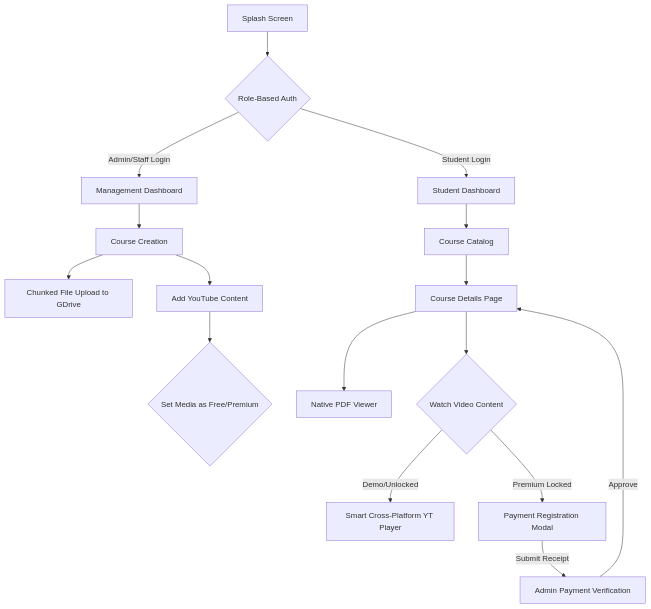
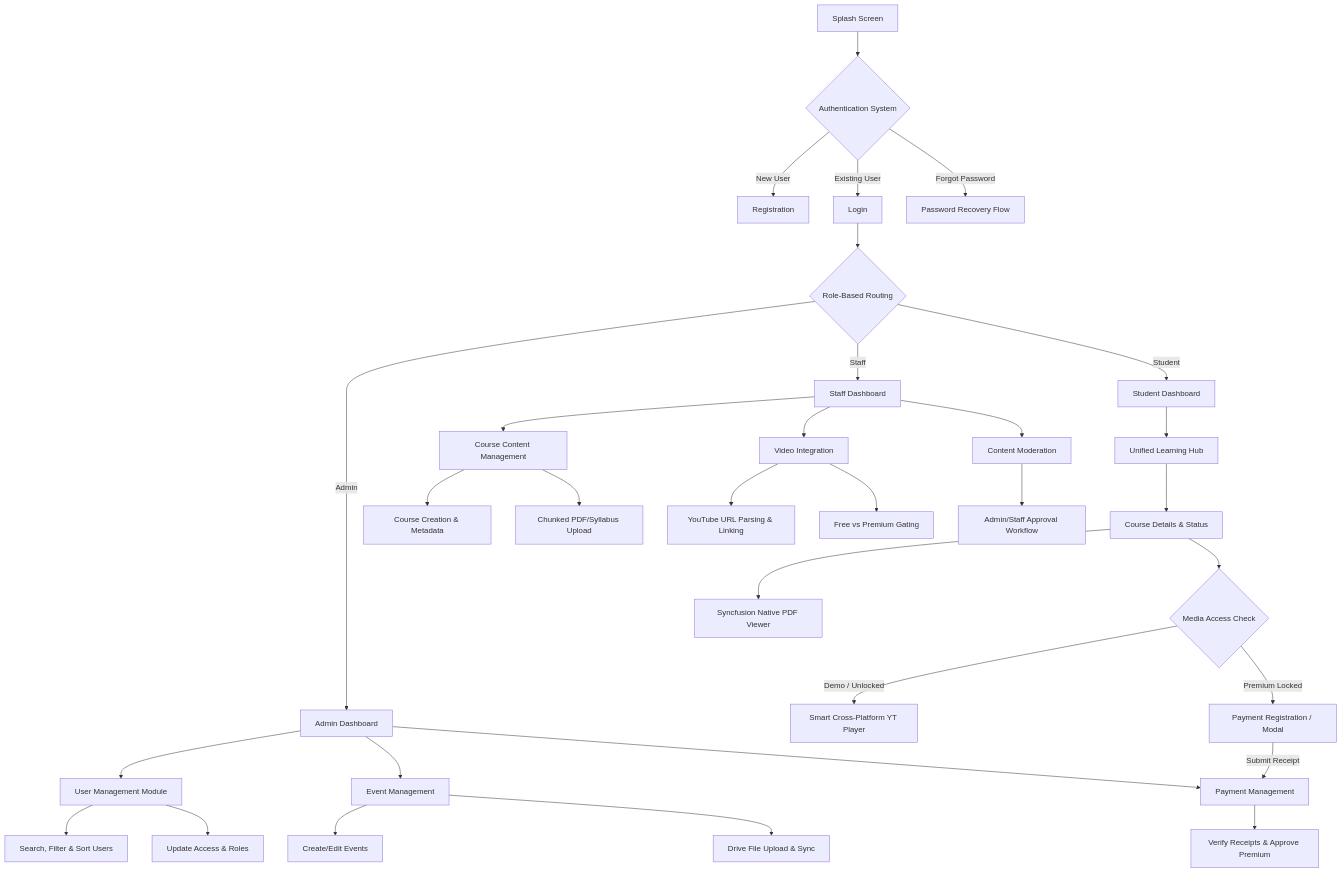
The diagram in README.md (Vinothkumar0311/Vaagai_app), drawn with Mermaid before and after one commit. The commit also changed 5 other files, not shown here.

````diff
--- a/README.md
+++ b/README.md
@@ -48,21 +48,44 @@
 ```mermaid
 graph TD
-    A[Splash Screen] --> B{Role-Based Auth}
-    B -->|Admin/Staff Login| C[Management Dashboard]
-    B -->|Student Login| D[Student Dashboard]
+    %% Authentication & Onboarding
+    A[Splash Screen] --> B{Authentication System}
+    B -->|New User| B1[Registration]
+    B -->|Existing User| B2[Login]
+    B -->|Forgot Password| B3[Password Recovery Flow]
     
-    C --> C1[Course Creation]
-    C1 --> C2[Chunked File Upload to GDrive]
-    C1 --> C3[Add YouTube Content]
-    C3 --> C4{Set Media as Free/Premium}
+    %% Role Evaluation
+    B2 --> C{Role-Based Routing}
+    C -->|Admin| D[Admin Dashboard]
+    C -->|Staff| E[Staff Dashboard]
+    C -->|Student| F[Student Dashboard]
+
+    %% Admin Flow
+    D --> D1[User Management Module]
+    D1 --> D1a[Search, Filter & Sort Users]
+    D1 --> D1b[Update Access & Roles]
+    D --> D2[Event Management]
+    D2 --> D2a[Create/Edit Events]
+    D2 --> D2b[Drive File Upload & Sync]
+    D --> D3[Payment Management]
+    D3 --> D3a[Verify Receipts & Approve Premium]
+
+    %% Staff Flow
+    E --> E1[Course Content Management]
+    E1 --> E1a[Course Creation & Metadata]
+    E1 --> E1b[Chunked PDF/Syllabus Upload]
+    E --> E2[Video Integration]
+    E2 --> E2a[YouTube URL Parsing & Linking]
+    E2 --> E2b[Free vs Premium Gating]
+    E --> E3[Content Moderation]
+    E3 --> E3a[Admin/Staff Approval Workflow]
+
+    %% Student Flow
+    F --> F1[Unified Learning Hub]
+    F1 --> F2[Course Details & Status]
+    F2 --> F3[Syncfusion Native PDF Viewer]
+    F2 --> F4{Media Access Check}
     
-    D --> D1[Course Catalog]
-    D1 --> D2[Course Details Page]
-    D2 --> D3[Native PDF Viewer]
-    D2 --> D4{Watch Video Content}
-    D4 -->|Demo/Unlocked| D5[Smart Cross-Platform YT Player]
-    D4 -->|Premium Locked| D6[Payment Registration Modal]
-    
-    D6 -->|Submit Receipt| C5[Admin Payment Verification]
-    C5 -->|Approve| D2
+    F4 -->|Demo / Unlocked| F5[Smart Cross-Platform YT Player]
+    F4 -->|Premium Locked| F6[Payment Registration / Modal]
+    F6 -->|Submit Receipt| D3
 ```
````
